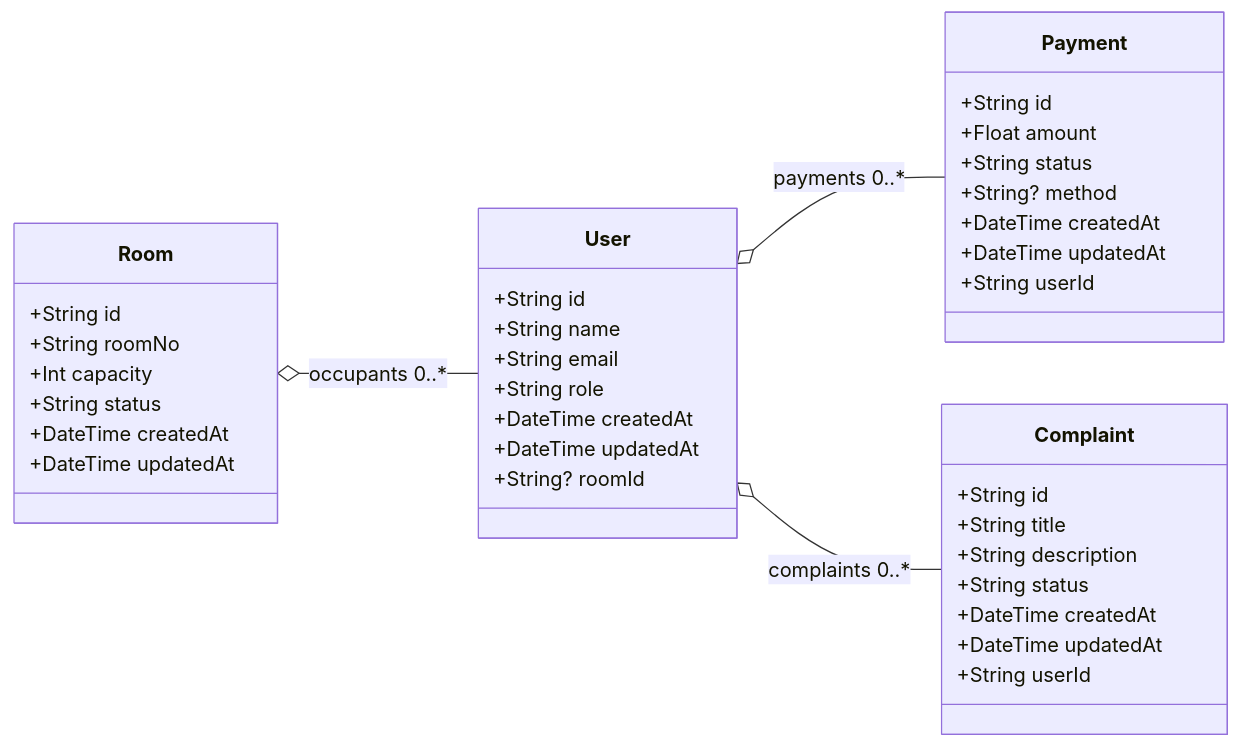
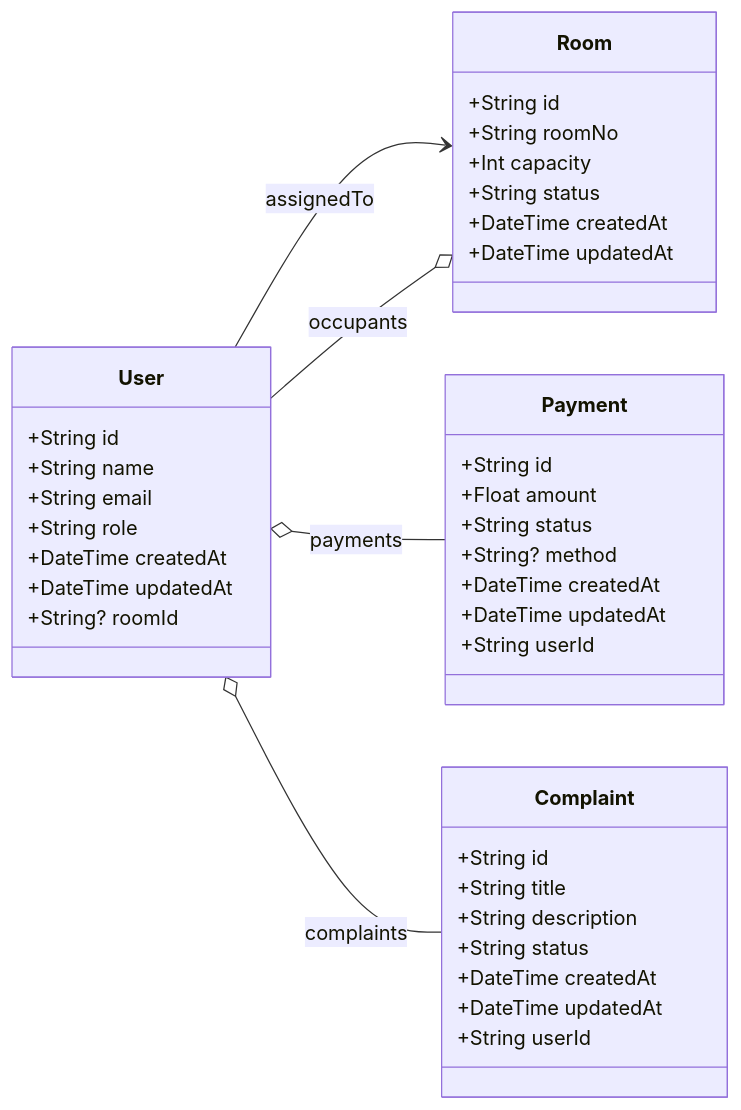
Before and after one commit to ishyverma/SDSE_Capstone: the first of 6 diagrams in diagrams/class-diagram.md, drawn with Mermaid. The commit also changed other lines of this file and 1 other file, not shown here.

Commit message:
docs: update class diagram

````diff
--- a/diagrams/class-diagram.md
+++ b/diagrams/class-diagram.md
@@ -44,47 +44,51 @@
 ```mermaid
 classDiagram
     direction LR
 
     class User {
         +String id
         +String name
         +String email
         +String role
         +DateTime createdAt
         +DateTime updatedAt
         +String? roomId
     }
 
     class Room {
         +String id
         +String roomNo
         +Int capacity
         +String status
         +DateTime createdAt
         +DateTime updatedAt
     }
 
     class Payment {
         +String id
         +Float amount
         +String status
         +String? method
         +DateTime createdAt
         +DateTime updatedAt
         +String userId
     }
 
     class Complaint {
         +String id
         +String title
         +String description
         +String status
         +DateTime createdAt
         +DateTime updatedAt
         +String userId
     }
 
-    Room o-- User : occupants 0..*
-    User o-- Payment : payments 0..*
-    User o-- Complaint : complaints 0..*
+    %% Directed Association
+    User --> Room : assignedTo
+
+    %% Aggregation
+    Room o-- User : occupants 
+    User o-- Payment : payments 
+    User o-- Complaint : complaints 
 ```
````
